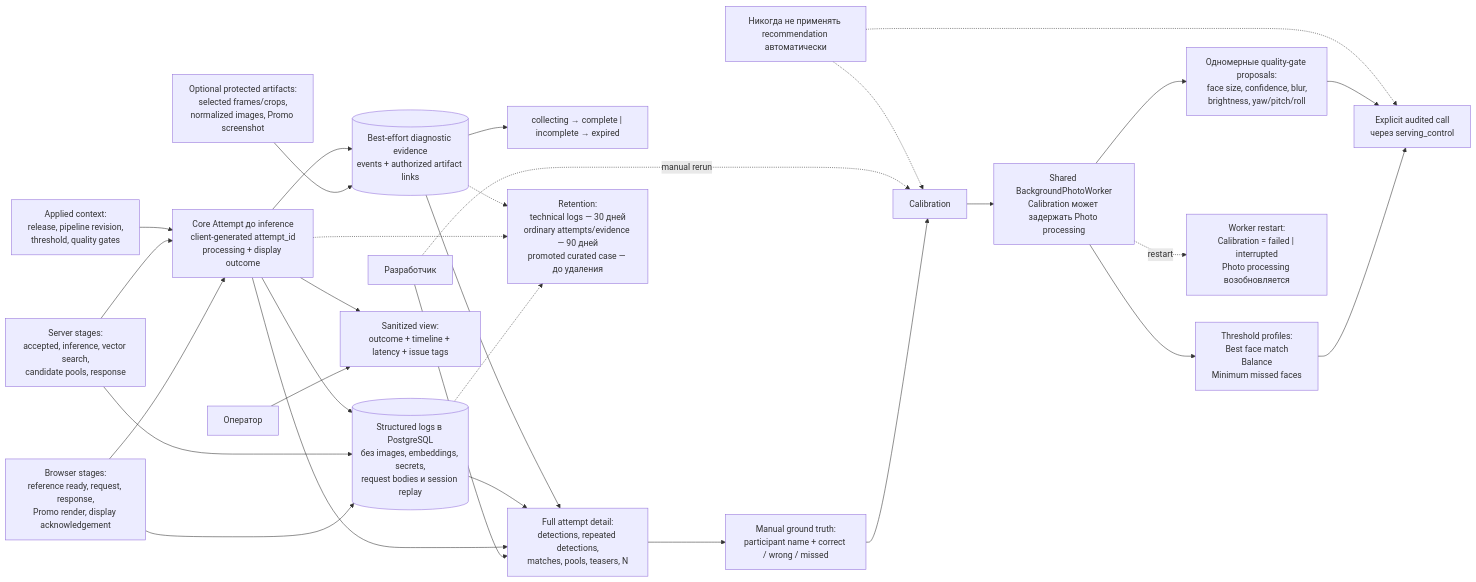
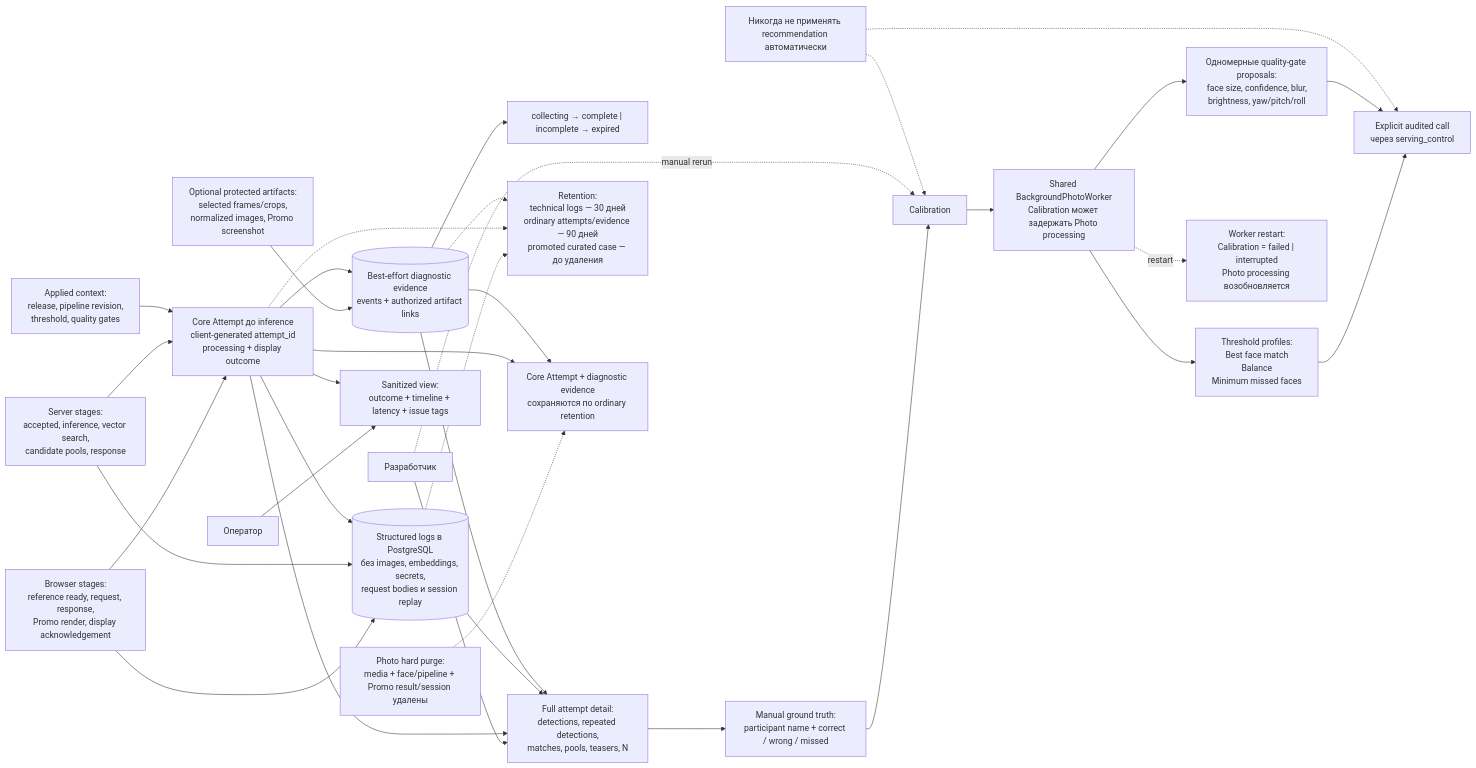
One commit to nicelight/face_moment changed the diagram in mermaids/06-diagnostics-and-calibration.md. Above: the diagram before and after it, drawn with Mermaid. The commit also changed other lines of this file and 43 other files, not shown here.

````diff
--- a/mermaids/06-diagnostics-and-calibration.md
+++ b/mermaids/06-diagnostics-and-calibration.md
@@ -7,58 +7,64 @@
 ```mermaid
 flowchart LR
     browser["Browser stages:<br/>reference ready, request, response,<br/>Promo render, display acknowledgement"]
     server["Server stages:<br/>accepted, inference, vector search,<br/>candidate pools, response"]
     config["Applied context:<br/>release, pipeline revision,<br/>threshold, quality gates"]
     artifacts["Optional protected artifacts:<br/>selected frames/crops,<br/>normalized images, Promo screenshot"]
 
     attempt["Core Attempt до inference<br/>client-generated attempt_id<br/>processing + display outcome"]
     logs[("Structured logs в PostgreSQL<br/>без images, embeddings, secrets,<br/>request bodies и session replay")]
     evidence[("Best-effort diagnostic evidence<br/>events + authorized artifact links")]
     evidence_state["collecting → complete | incomplete → expired"]
 
     operator["Оператор"]
     developer["Разработчик"]
     sanitized["Sanitized view:<br/>outcome + timeline + latency + issue tags"]
     detail["Full attempt detail:<br/>detections, repeated detections,<br/>matches, pools, teasers, N"]
     annotation["Manual ground truth:<br/>participant name + correct / wrong / missed"]
     calibration["Calibration"]
 
     profiles["Threshold profiles:<br/>Best face match<br/>Balance<br/>Minimum missed faces"]
     gates["Одномерные quality-gate proposals:<br/>face size, confidence, blur,<br/>brightness, yaw/pitch/roll"]
     worker["Shared BackgroundPhotoWorker<br/>Calibration может задержать Photo processing"]
     interrupted["Worker restart:<br/>Calibration = failed | interrupted<br/>Photo processing возобновляется"]
     manual["Explicit audited call<br/>через serving_control"]
 
     browser --> attempt
     server --> attempt
     config --> attempt
     browser --> logs
     server --> logs
     artifacts --> evidence
     attempt --> logs
     attempt --> evidence
     evidence --> evidence_state
 
     operator --> sanitized
     attempt --> sanitized
 
     developer --> detail
     attempt --> detail
     logs --> detail
     evidence --> detail
     detail --> annotation --> calibration
     calibration --> worker
     worker --> profiles --> manual
     worker --> gates --> manual
     worker -. "restart" .-> interrupted
     developer -. "manual rerun" .-> calibration
 
     retention["Retention:<br/>technical logs — 30 дней<br/>ordinary attempts/evidence — 90 дней<br/>promoted curated case — до удаления"]
     logs -.-> retention
     attempt -.-> retention
     evidence -.-> retention
 
     prohibition["Никогда не применять recommendation автоматически"]
     prohibition -.-> calibration
     prohibition -.-> manual
+
+    hard_purge["Photo hard purge:<br/>media + face/pipeline + Promo result/session удалены"]
+    preserved["Core Attempt + diagnostic evidence<br/>сохраняются по ordinary retention"]
+    hard_purge -.-> preserved
+    attempt --> preserved
+    evidence --> preserved
 ```
````
